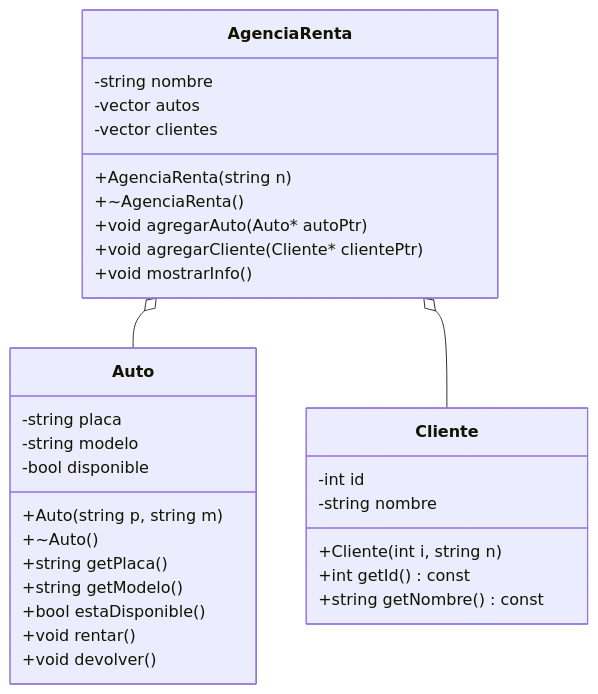
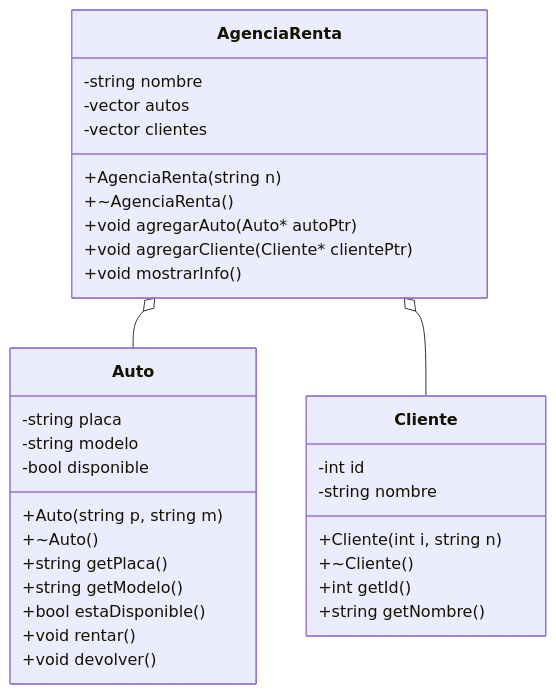
One commit to JuanEspinosa-design/ejerciciosUML changed the diagram in ejercicio2Auto.md. Above: the diagram before and after it, drawn with Mermaid.

````diff
--- a/ejercicio2Auto.md
+++ b/ejercicio2Auto.md
@@ -1,38 +1,39 @@
 ```mermaid
 classDiagram
 
     class AgenciaRenta {
         -string nombre
         -vector<Auto*> autos
         -vector<Cliente*> clientes
         +AgenciaRenta(string n)
         +~AgenciaRenta()
         +void agregarAuto(Auto* autoPtr)
         +void agregarCliente(Cliente* clientePtr)
         +void mostrarInfo()
     }
 
     class Auto {
         -string placa
         -string modelo
         -bool disponible
         +Auto(string p, string m)
         +~Auto()
         +string getPlaca() 
         +string getModelo()
         +bool estaDisponible() 
         +void rentar()
         +void devolver()
     }
 
     class Cliente {
         -int id
         -string nombre
         +Cliente(int i, string n)
-        +int getId() const
-        +string getNombre() const
+        +~Cliente()
+        +int getId() 
+        +string getNombre()
     }
 
     AgenciaRenta o-- Auto 
     AgenciaRenta o-- Cliente
 ```
````
